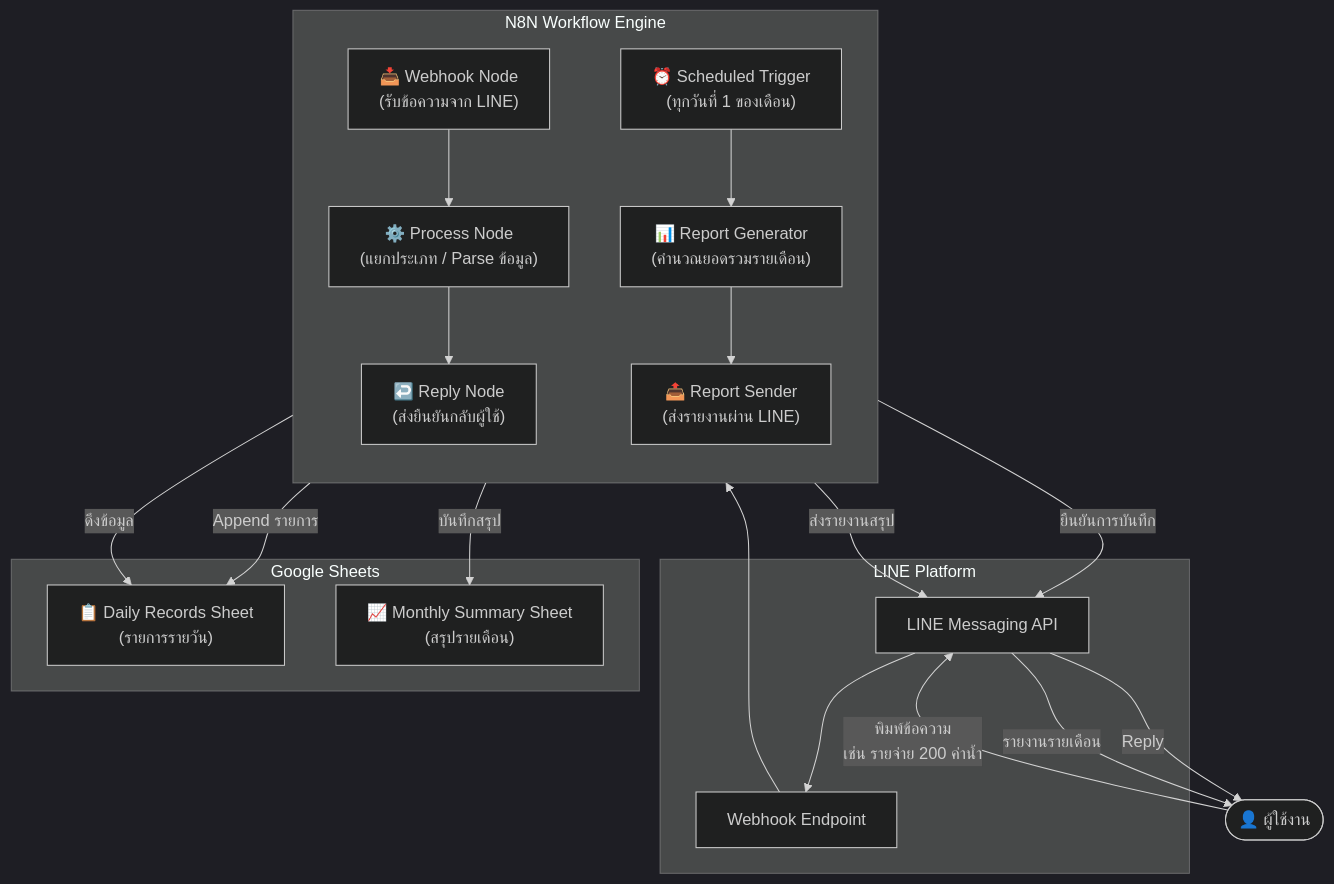
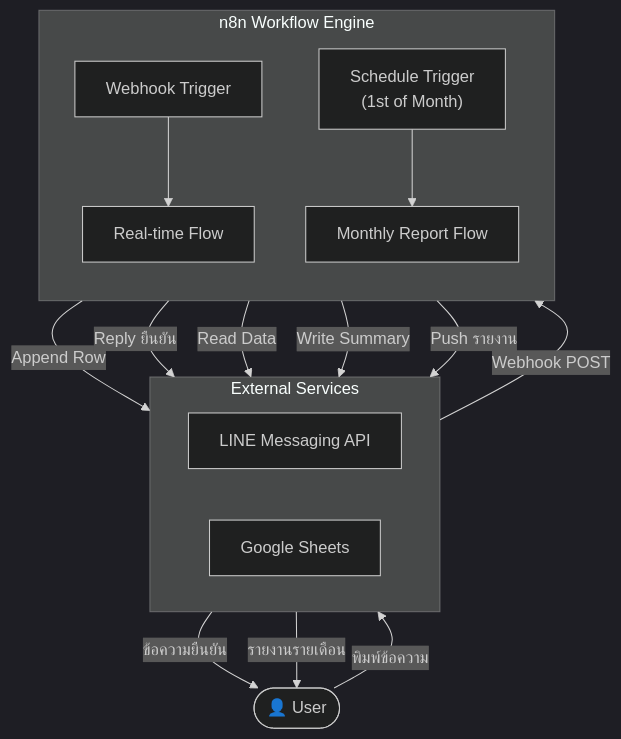
One commit to Sayhighz/personal-accounting changed the first of 5 diagrams in README.md. Above: the diagram before and after it, drawn with Mermaid (dark theme). The commit also changed other lines of this file, not shown here.

First line of the commit message:
feat: redesign README with Mermaid diagrams and repo structure

````diff
--- a/README.md
+++ b/README.md
@@ -26,40 +29,31 @@
 ```mermaid
-graph TB
-    User(["👤 ผู้ใช้งาน"])
+flowchart TB
+    User(["👤 User"])
 
-    subgraph LINE["LINE Platform"]
-        LM["LINE Messaging API"]
-        LW["Webhook Endpoint"]
+    subgraph EXT ["External Services"]
+        direction LR
+        LINE["LINE Messaging API"]
+        GS["Google Sheets"]
     end
 
-    subgraph N8N["N8N Workflow Engine"]
+    subgraph N8N ["n8n Workflow Engine"]
         direction TB
-        WH["📥 Webhook Node\n(รับข้อความจาก LINE)"]
-        PP["⚙️ Process Node\n(แยกประเภท / Parse ข้อมูล)"]
-        RT["↩️ Reply Node\n(ส่งยืนยันกลับผู้ใช้)"]
-        SC["⏰ Scheduled Trigger\n(ทุกวันที่ 1 ของเดือน)"]
-        RG["📊 Report Generator\n(คำนวณยอดรวมรายเดือน)"]
-        RS["📤 Report Sender\n(ส่งรายงานผ่าน LINE)"]
+        WH["Webhook Trigger"]
+        RT["Real-time Flow"]
+        SC["Schedule Trigger\n(1st of Month)"]
+        MR["Monthly Report Flow"]
     end
 
-    subgraph GS["Google Sheets"]
-        DL["📋 Daily Records Sheet\n(รายการรายวัน)"]
-        MS["📈 Monthly Summary Sheet\n(สรุปรายเดือน)"]
-    end
+    User -- "พิมพ์ข้อความ" --> LINE
+    LINE -- "Webhook POST" --> WH
+    WH --> RT
+    RT -- "Append Row" --> GS
+    RT -- "Reply ยืนยัน" --> LINE
+    LINE -- "ข้อความยืนยัน" --> User
 
-    User -->|"พิมพ์ข้อความ\nเช่น รายจ่าย 200 ค่าน้ำ"| LM
-    LM --> LW
-    LW --> WH
-    WH --> PP
-    PP -->|"Append รายการ"| DL
-    PP --> RT
-    RT -->|"ยืนยันการบันทึก"| LM
-    LM -->|"Reply"| User
-
-    SC --> RG
-    RG -->|"ดึงข้อมูล"| DL
-    RG -->|"บันทึกสรุป"| MS
-    RG --> RS
-    RS -->|"ส่งรายงานสรุป"| LM
-    LM -->|"รายงานรายเดือน"| User
+    SC --> MR
+    MR -- "Read Data" --> GS
+    MR -- "Write Summary" --> GS
+    MR -- "Push รายงาน" --> LINE
+    LINE -- "รายงานรายเดือน" --> User
 ```
````
